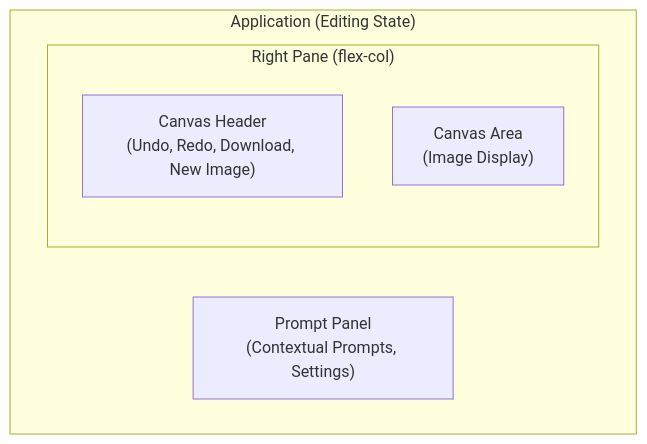
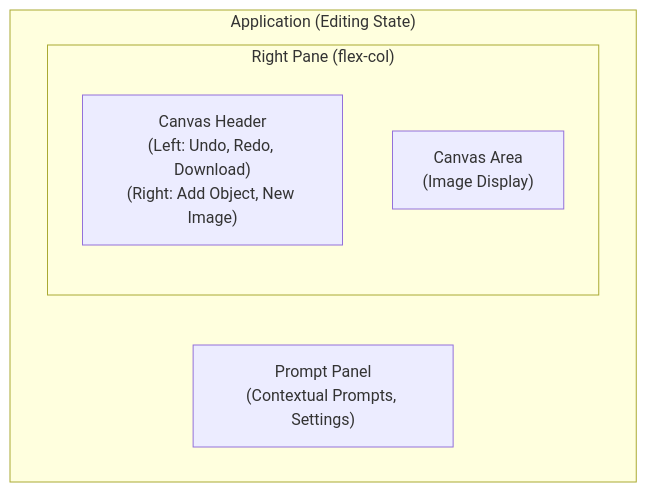
The second of 3 diagrams in UI_DESIGN.md (tydev-new/BananaPeel), drawn with Mermaid before and after one commit. The commit also changed other lines of this file and 6 other files, not shown here.

````diff
--- a/UI_DESIGN.md
+++ b/UI_DESIGN.md
@@ -35,12 +35,12 @@
 ```mermaid
 graph TD
     subgraph "Application (Editing State)"
         direction LR
         PromptPanel["Prompt Panel<br/>(Contextual Prompts, Settings)"]
         subgraph "Right Pane (flex-col)"
             direction TB
-            CanvasHeader["Canvas Header<br/>(Undo, Redo, Download, New Image)"]
+            CanvasHeader["Canvas Header<br/>(Left: Undo, Redo, Download)<br/>(Right: Add Object, New Image)"]
             CanvasArea["Canvas Area<br/>(Image Display)"]
         end
     end
 ```
````
